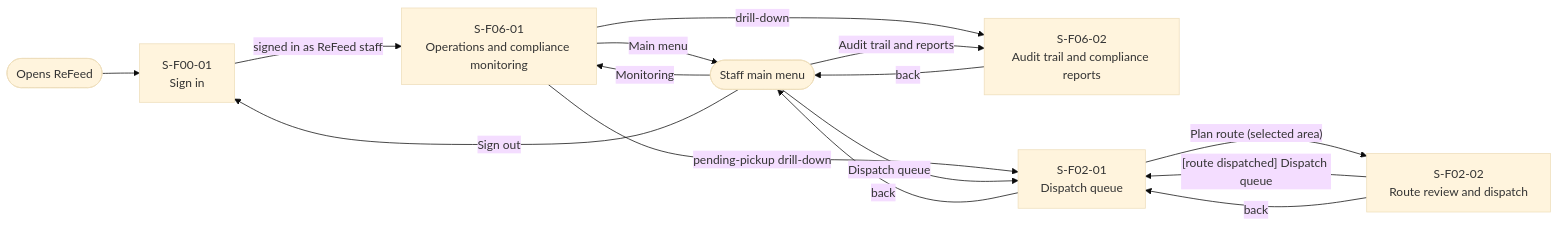
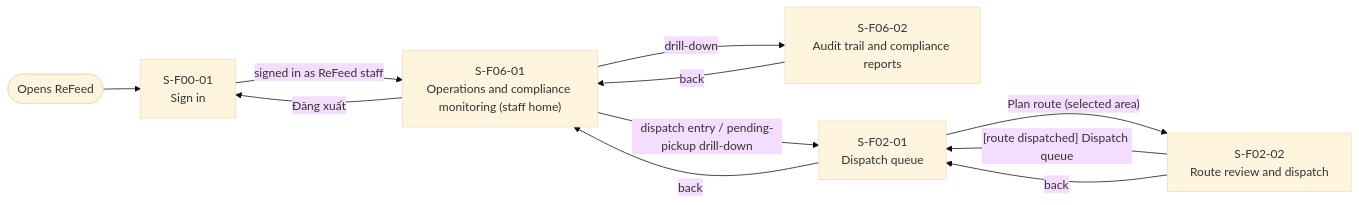
One commit to thuyvicbh-alt/DBIZ2---GROUP-D changed the fourth of 4 diagrams in docs/external-design/screen-transition.md. Above: the diagram before and after it, drawn with Mermaid (base theme). The commit also changed other lines of this file, not shown here.

````diff
--- a/docs/external-design/screen-transition.md
+++ b/docs/external-design/screen-transition.md
@@ -104,24 +110,19 @@
 ```mermaid
 flowchart LR
   entry(["Opens ReFeed"])
-  menu(["Staff main menu"])
   S00_01["S-F00-01<br>Sign in"]
-  S06_01["S-F06-01<br>Operations and compliance monitoring"]
+  S06_01["S-F06-01<br>Operations and compliance monitoring (staff home)"]
   S06_02["S-F06-02<br>Audit trail and compliance reports"]
   S02_01["S-F02-01<br>Dispatch queue"]
   S02_02["S-F02-02<br>Route review and dispatch"]
   entry --> S00_01
   S00_01 -->|"signed in as ReFeed staff"| S06_01
-  S06_01 -->|"Main menu"| menu
-  S06_01 -->|"pending-pickup drill-down"| S02_01
+  S06_01 -->|"dispatch entry / pending-pickup drill-down"| S02_01
   S06_01 -->|"drill-down"| S06_02
-  menu -->|"Monitoring"| S06_01
-  menu -->|"Dispatch queue"| S02_01
-  menu -->|"Audit trail and reports"| S06_02
-  menu -->|"Sign out"| S00_01
+  S06_01 -->|"Đăng xuất"| S00_01
   S02_01 -->|"Plan route (selected area)"| S02_02
-  S02_01 -->|"back"| menu
+  S02_01 -->|"back"| S06_01
   S02_02 -->|"[route dispatched] Dispatch queue"| S02_01
   S02_02 -->|"back"| S02_01
-  S06_02 -->|"back"| menu
+  S06_02 -->|"back"| S06_01
 ```
````
